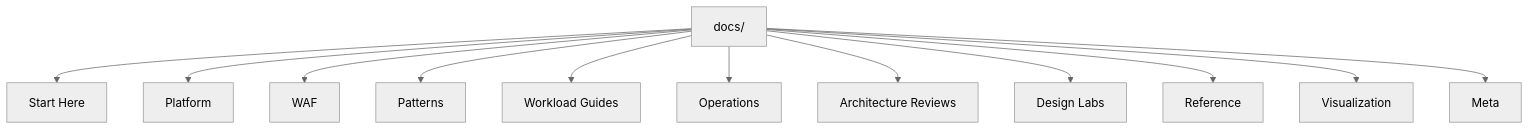
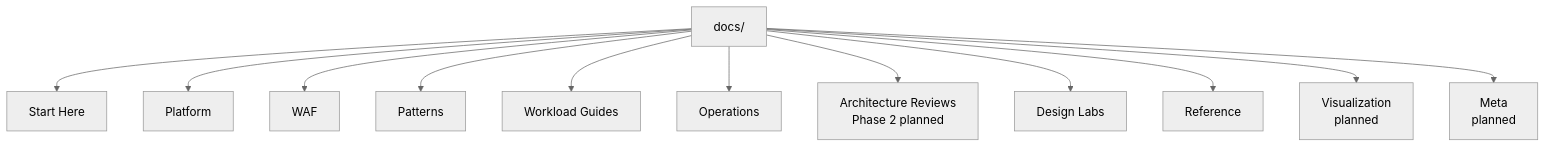
Before and after one commit to yeongseon/azure-architecture-practical-guide: the diagram in docs/start-here/repository-map.md, drawn with Mermaid (neutral theme). The commit also changed other lines of this file and 70 other files, not shown here.

````diff
--- a/docs/start-here/repository-map.md
+++ b/docs/start-here/repository-map.md
@@ -18,14 +18,14 @@
 ```mermaid
 flowchart TD
     A[docs/] --> B[Start Here]
     A --> C[Platform]
     A --> D[WAF]
     A --> E[Patterns]
     A --> F[Workload Guides]
     A --> G[Operations]
-    A --> H[Architecture Reviews]
+    A --> H[Architecture Reviews<br/>Phase 2 planned]
     A --> I[Design Labs]
     A --> J[Reference]
-    A --> K[Visualization]
-    A --> L[Meta]
+    A --> K[Visualization<br/>planned]
+    A --> L[Meta<br/>planned]
 ```
````
